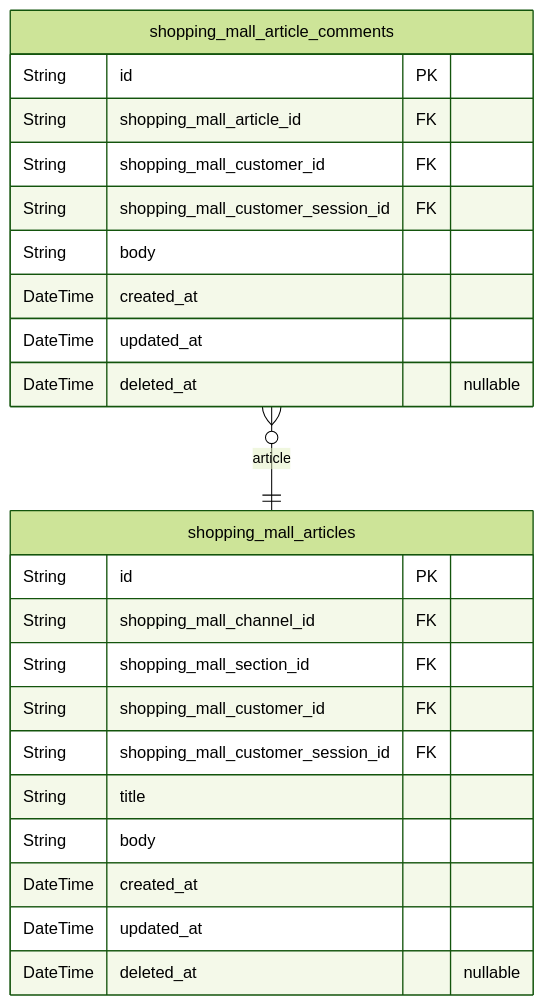
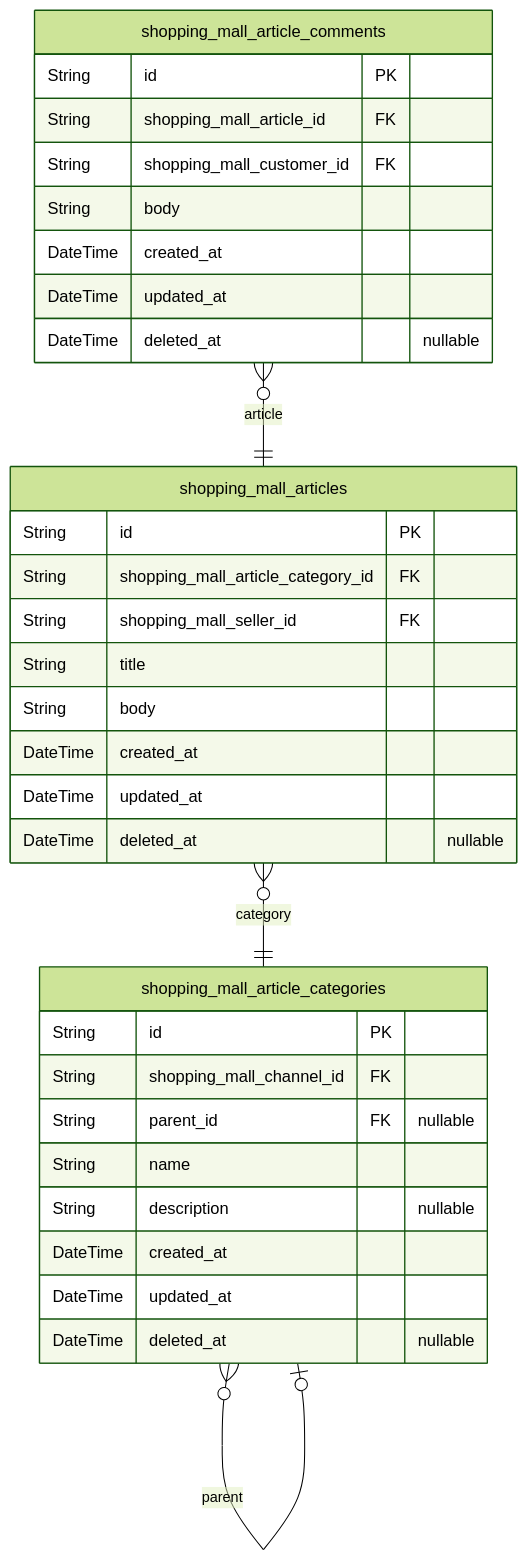
The tenth of 10 diagrams in mistralai/codestral-2508/shopping/docs/ERD.md (wrtnlabs/autobe-examples), drawn with Mermaid (forest theme) before and after one commit. The commit also changed other lines of this file and 7173 other files, not shown here.

````diff
--- a/mistralai/codestral-2508/shopping/docs/ERD.md
+++ b/mistralai/codestral-2508/shopping/docs/ERD.md
@@ -1050,26 +1163,35 @@
 ```mermaid
 erDiagram
 "shopping_mall_articles" {
   String id PK
-  String shopping_mall_channel_id FK
-  String shopping_mall_section_id FK
-  String shopping_mall_customer_id FK
-  String shopping_mall_customer_session_id FK
+  String shopping_mall_article_category_id FK
+  String shopping_mall_seller_id FK
   String title
   String body
   DateTime created_at
   DateTime updated_at
   DateTime deleted_at "nullable"
 }
 "shopping_mall_article_comments" {
   String id PK
   String shopping_mall_article_id FK
   String shopping_mall_customer_id FK
-  String shopping_mall_customer_session_id FK
   String body
   DateTime created_at
   DateTime updated_at
   DateTime deleted_at "nullable"
 }
+"shopping_mall_article_categories" {
+  String id PK
+  String shopping_mall_channel_id FK
+  String parent_id FK "nullable"
+  String name
+  String description "nullable"
+  DateTime created_at
+  DateTime updated_at
+  DateTime deleted_at "nullable"
+}
+"shopping_mall_articles" }o--|| "shopping_mall_article_categories" : category
 "shopping_mall_article_comments" }o--|| "shopping_mall_articles" : article
+"shopping_mall_article_categories" }o--o| "shopping_mall_article_categories" : parent
 ```
````
